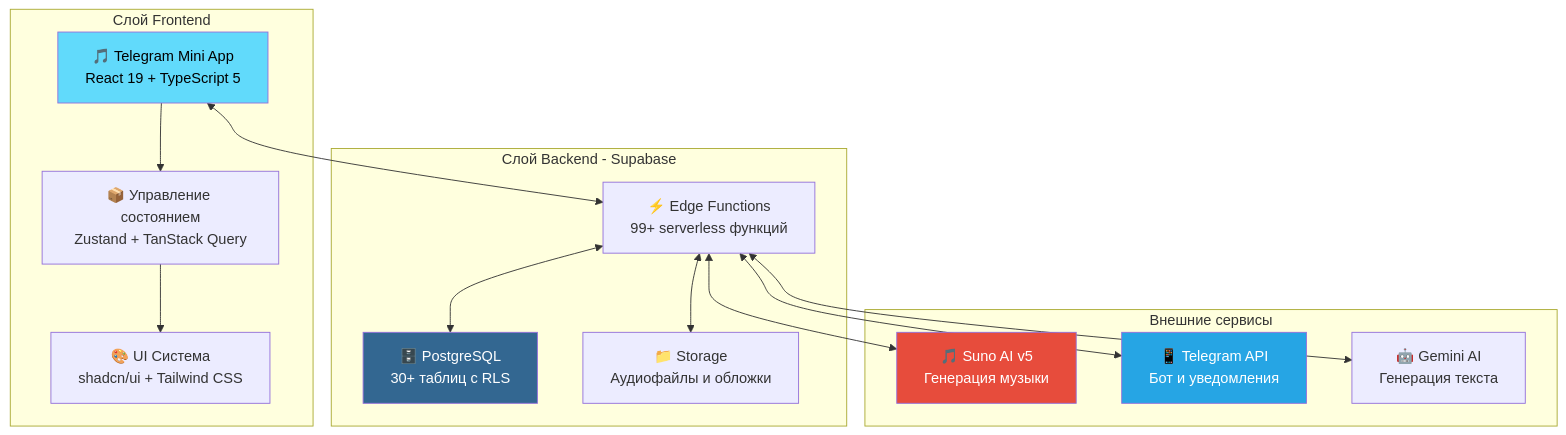
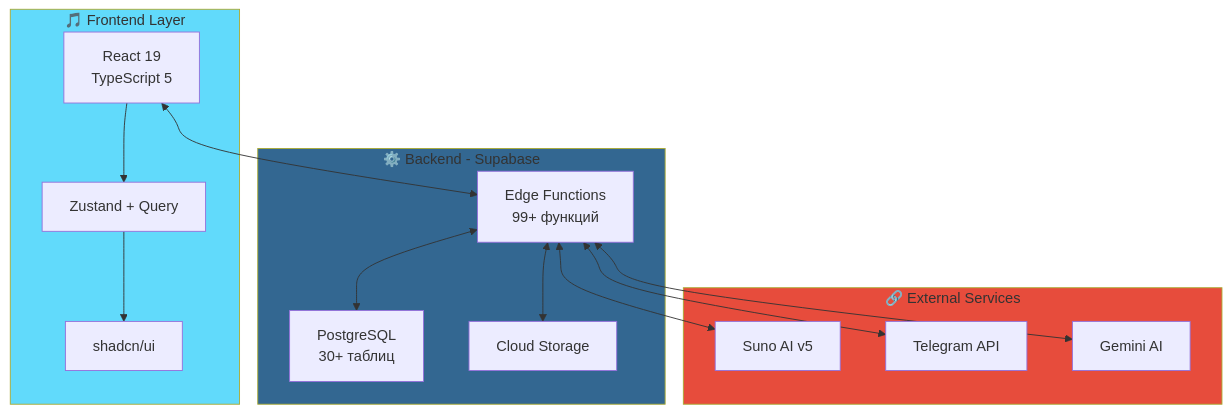
One commit to HOW2AI-AGENCY/aimusicverse changed the diagram in README.md. Above: the diagram before and after it, drawn with Mermaid. The commit also changed other lines of this file, not shown here.

````diff
--- a/README.md
+++ b/README.md
@@ -307,34 +267,33 @@
 ```mermaid
 graph TB
-    subgraph "Слой Frontend"
-        A["🎵 Telegram Mini App<br/>React 19 + TypeScript 5"]
-        B["📦 Управление состоянием<br/>Zustand + TanStack Query"]
-        C["🎨 UI Система<br/>shadcn/ui + Tailwind CSS"]
+    subgraph Frontend["🎵 Frontend Layer"]
+        A["React 19<br/>TypeScript 5"]
+        B["Zustand + Query"]
+        C["shadcn/ui"]
     end
 
-    subgraph "Слой Backend - Supabase"
-        D["🗄️ PostgreSQL<br/>30+ таблиц с RLS"]
-        E["⚡ Edge Functions<br/>99+ serverless функций"]
-        F["📁 Storage<br/>Аудиофайлы и обложки"]
+    subgraph Backend["⚙️ Backend - Supabase"]
+        D["PostgreSQL<br/>30+ таблиц"]
+        E["Edge Functions<br/>99+ функций"]
+        F["Cloud Storage"]
     end
 
-    subgraph "Внешние сервисы"
-        G["🎵 Suno AI v5<br/>Генерация музыки"]
-        H["📱 Telegram API<br/>Бот и уведомления"]
-        I["🤖 Gemini AI<br/>Генерация текста"]
+    subgraph External["🔗 External Services"]
+        G["Suno AI v5"]
+        H["Telegram API"]
+        I["Gemini AI"]
     end
 
     A --> B
     B --> C
     A <--> E
     E <--> D
     E <--> F
     E <--> G
     E <--> H
     E <--> I
 
-    style A fill:#61DAFB,color:#000
-    style D fill:#336791,color:#fff
-    style G fill:#e74c3c,color:#fff
-    style H fill:#26A5E4,color:#fff
+    style Frontend fill:#61DAFB
+    style Backend fill:#336791
+    style External fill:#e74c3c
 ```
````
